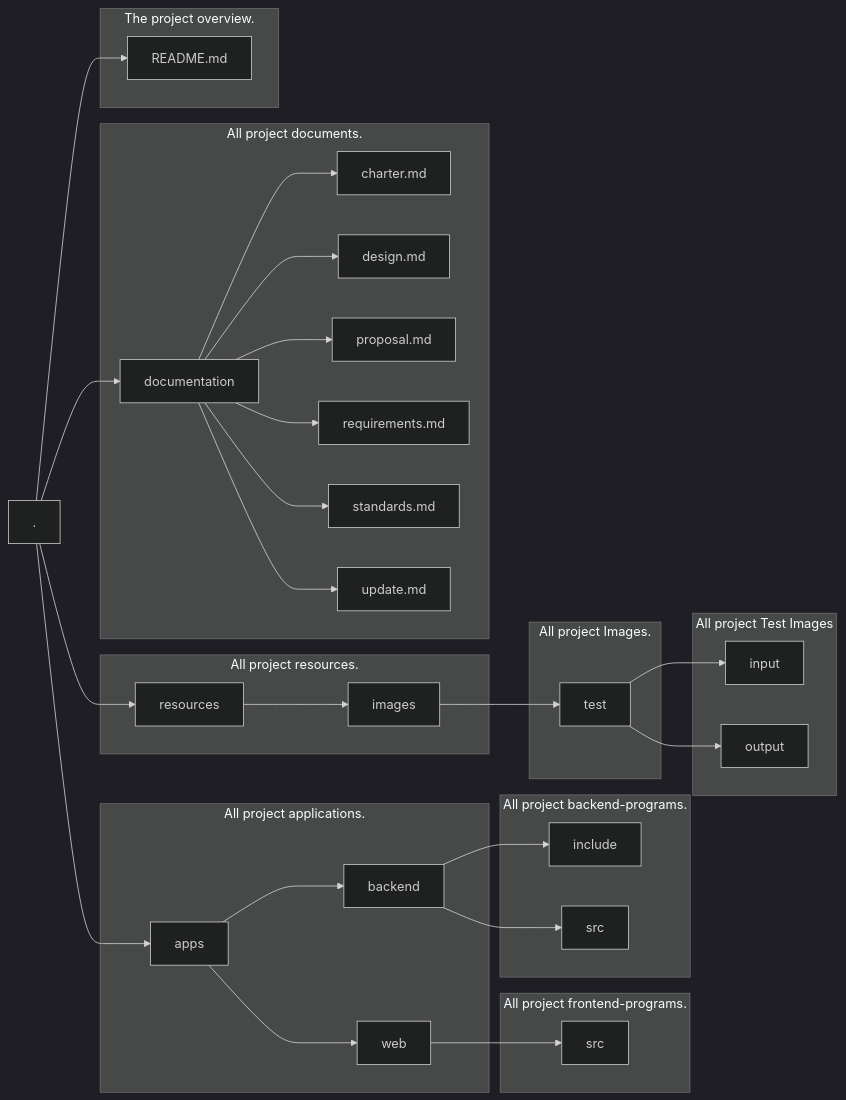
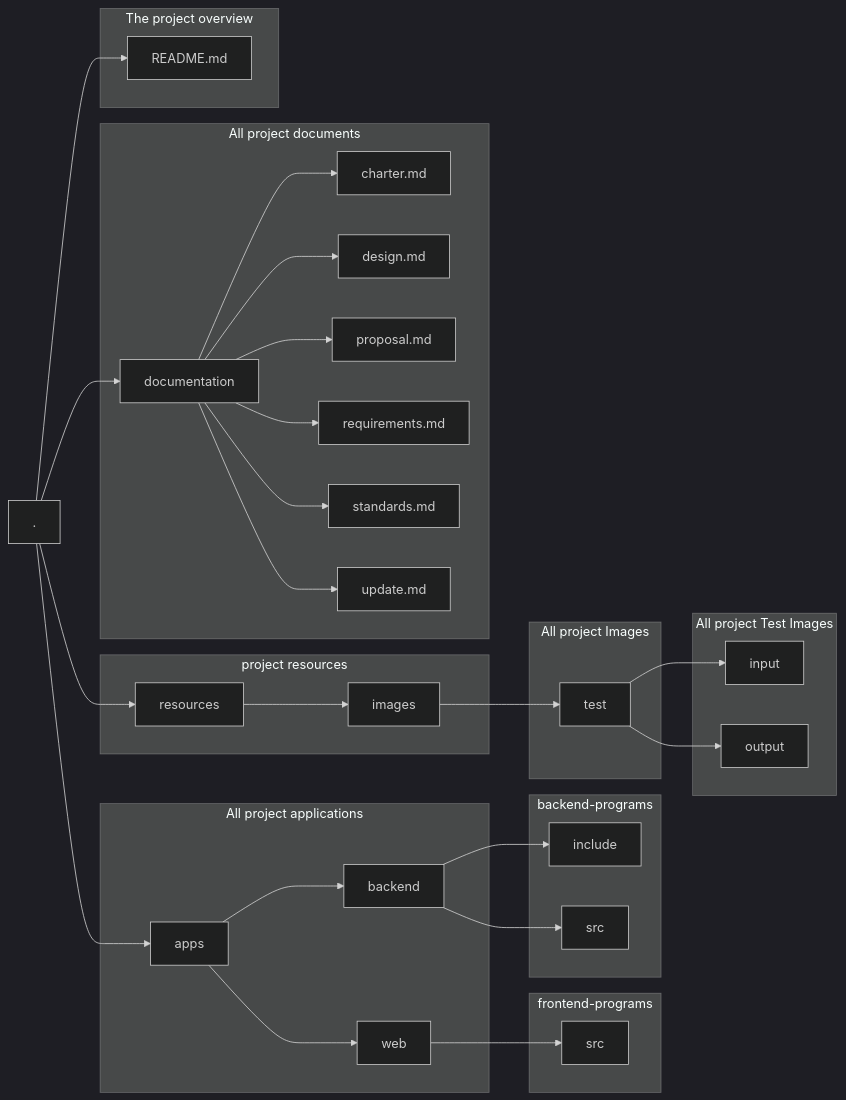
Before and after one commit to csci265-team/HiddenFrame: the fourth of 4 diagrams in documentation/design.md, drawn with Mermaid (dark theme). The commit also changed other lines of this file, not shown here.

```diff
--- a/documentation/design.md
+++ b/documentation/design.md
@@ -238,43 +182,43 @@
 ~~~mermaid
 ---
 Title: Project Directory Structure
 ---
 graph LR
 
     root[.] --> 1[README.md]
     root --> 2[documentation]
     root --> 3[resources]
     root --> 4[apps]
-    subgraph 4g[All project applications.]
+    subgraph 4g[All project applications]
       4 --> 41[backend]
       4 --> 42[web]
     end
-    subgraph 41g[All project backend-programs.]
+    subgraph 41g[backend-programs]
       41 --> 411[include]
       41 --> 412[src]
     end
-    subgraph 42g[All project frontend-programs.]
+    subgraph 42g[frontend-programs]
       42 --> 421[src]
     end
-    subgraph 3g[All project resources.]
+    subgraph 3g[project resources]
 	  3 --> 31[images]	 
     end
-    subgraph 31g[All project Images.]
+    subgraph 31g[All project Images]
 	  31 --> 311[test]				  	 
     end
     subgraph 312g[All project Test Images]
 	  311 --> 3111[input]
 	  311 --> 3112[output]	 
     end
-    subgraph 2g[All project documents.]
+    subgraph 2g[All project documents]
       2 --> 21[charter.md]
       2 --> 22[design.md]
       2 --> 23[proposal.md]
       2 --> 24[requirements.md]
       2 --> 25[standards.md]
       2 --> 26[update.md]
     end
-    subgraph 1g[The project overview.]
+    subgraph 1g[The project overview]
       1
     end
 ~~~
```
